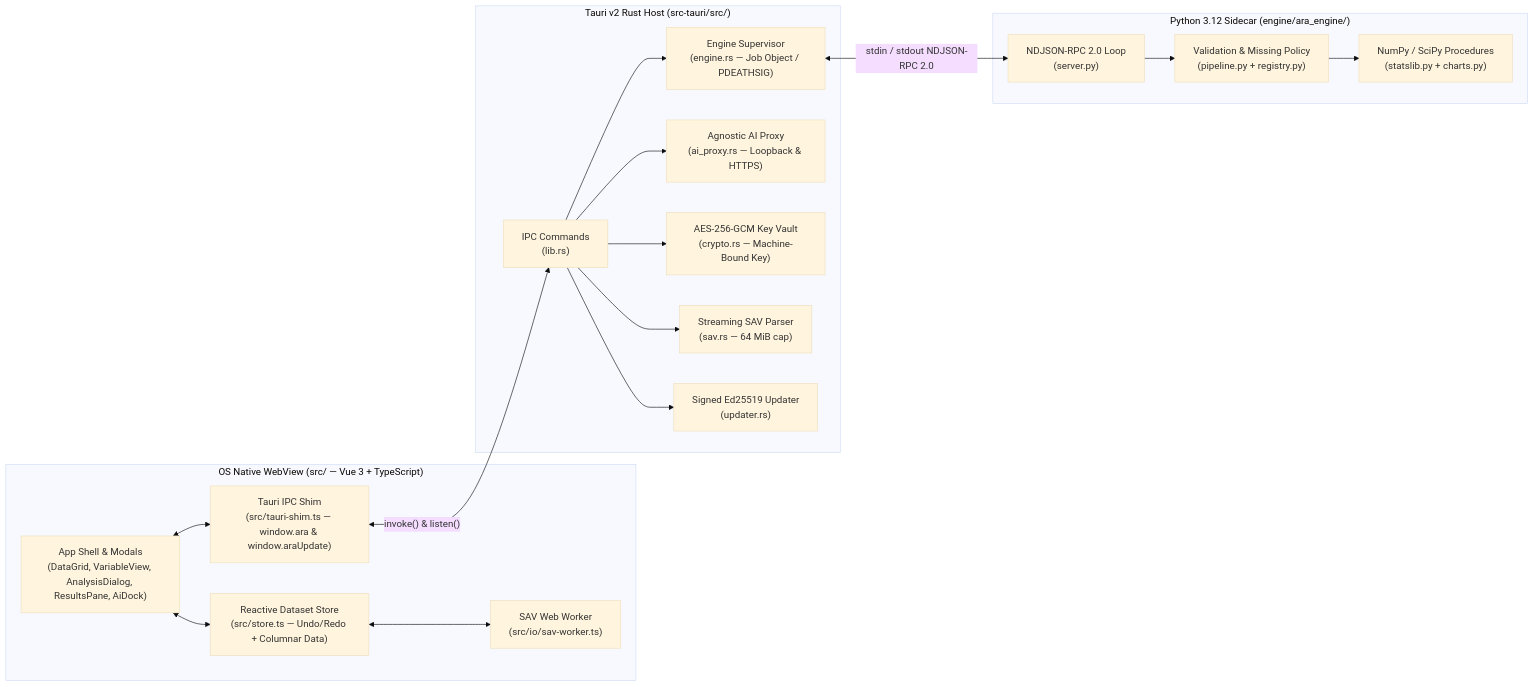
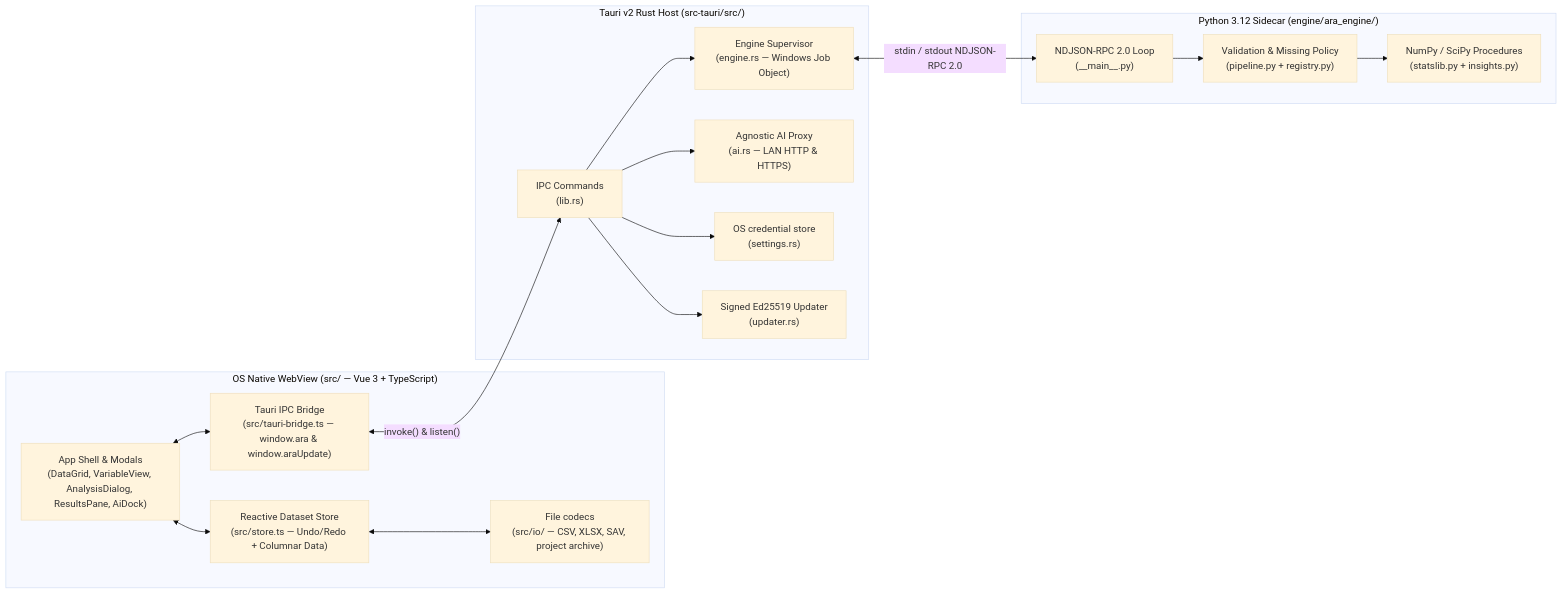
One commit to funara/arastat changed the diagram in ARCHITECTURE.md. Above: the diagram before and after it, drawn with Mermaid (base theme). The commit also changed other lines of this file and 30 other files, not shown here.

````diff
--- a/ARCHITECTURE.md
+++ b/ARCHITECTURE.md
@@ -10,36 +10,34 @@
 ```mermaid
 flowchart LR
   subgraph WebView["OS Native WebView (src/ — Vue 3 + TypeScript)"]
     UI["App Shell & Modals\n(DataGrid, VariableView, AnalysisDialog, ResultsPane, AiDock)"]
     Store["Reactive Dataset Store\n(src/store.ts — Undo/Redo + Columnar Data)"]
-    Bridge["Tauri IPC Shim\n(src/tauri-shim.ts — window.ara & window.araUpdate)"]
-    Worker["SAV Web Worker\n(src/io/sav-worker.ts)"]
+    Bridge["Tauri IPC Bridge\n(src/tauri-bridge.ts — window.ara & window.araUpdate)"]
+    IO["File codecs\n(src/io/ — CSV, XLSX, SAV, project archive)"]
   end
 
   subgraph RustHost["Tauri v2 Rust Host (src-tauri/src/)"]
     Cmds["IPC Commands\n(lib.rs)"]
-    EngSup["Engine Supervisor\n(engine.rs — Job Object / PDEATHSIG)"]
-    AiProxy["Agnostic AI Proxy\n(ai_proxy.rs — Loopback & HTTPS)"]
-    Vault["AES-256-GCM Key Vault\n(crypto.rs — Machine-Bound Key)"]
-    SavNative["Streaming SAV Parser\n(sav.rs — 64 MiB cap)"]
+    EngSup["Engine Supervisor\n(engine.rs — Windows Job Object)"]
+    AiProxy["Agnostic AI Proxy\n(ai.rs — LAN HTTP & HTTPS)"]
+    Vault["OS credential store\n(settings.rs)"]
     Updater["Signed Ed25519 Updater\n(updater.rs)"]
   end
 
   subgraph PySidecar["Python 3.12 Sidecar (engine/ara_engine/)"]
-    Rpc["NDJSON-RPC 2.0 Loop\n(server.py)"]
+    Rpc["NDJSON-RPC 2.0 Loop\n(__main__.py)"]
     Pipe["Validation & Missing Policy\n(pipeline.py + registry.py)"]
-    Stats["NumPy / SciPy Procedures\n(statslib.py + charts.py)"]
+    Stats["NumPy / SciPy Procedures\n(statslib.py + insights.py)"]
   end
 
   UI <--> Store
   UI <--> Bridge
-  Store <--> Worker
+  Store <--> IO
   Bridge <-->|"invoke() & listen()"| Cmds
   Cmds --> EngSup
   Cmds --> AiProxy
   Cmds --> Vault
-  Cmds --> SavNative
   Cmds --> Updater
   EngSup <-->|"stdin / stdout NDJSON-RPC 2.0"| Rpc
   Rpc --> Pipe --> Stats
 ```
````
